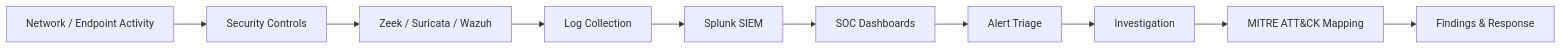
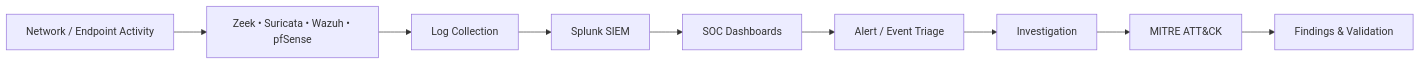
Before and after one commit to CyberAmal/enterprise-soc-security-lab: the second of 3 diagrams in README.md, drawn with Mermaid. The commit also changed other lines of this file, not shown here.

````diff
--- a/README.md
+++ b/README.md
@@ -137,22 +72,14 @@
 ```mermaid
 flowchart LR
 
     A["Network / Endpoint Activity"]
-    --> B["Security Controls"]
+    --> B["Zeek • Suricata • Wazuh • pfSense"]
 
-    B --> C["Zeek / Suricata / Wazuh"]
-
-    C --> D["Log Collection"]
-
-    D --> E["Splunk SIEM"]
-
-    E --> F["SOC Dashboards"]
-
-    F --> G["Alert Triage"]
-
-    G --> H["Investigation"]
-
-    H --> I["MITRE ATT&CK Mapping"]
-
-    I --> J["Findings & Response"]
+    B --> C["Log Collection"]
+    C --> D["Splunk SIEM"]
+    D --> E["SOC Dashboards"]
+    E --> F["Alert / Event Triage"]
+    F --> G["Investigation"]
+    G --> H["MITRE ATT&CK"]
+    H --> I["Findings & Validation"]
 ```
````
